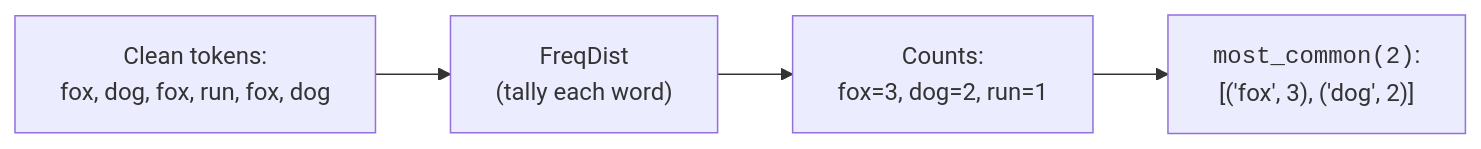
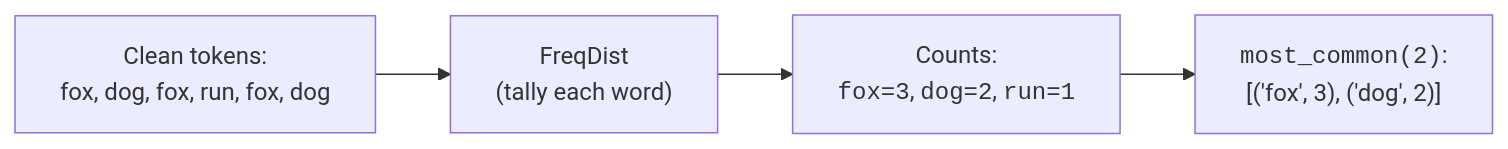
One commit to dataslope/dataslope changed the diagram in content/learn/natural-language-processing-python/frequency-distributions.mdx. Above: the diagram before and after it, drawn with Mermaid. The commit also changed 100 other files, not shown here.

First line of the commit message:
Wrap more code in diagram labels: filenames, hex, assignments, subgraph titles

````diff
--- a/content/learn/natural-language-processing-python/frequency-distributions.mdx
+++ b/content/learn/natural-language-processing-python/frequency-distributions.mdx
@@ -19,6 +19,6 @@
 ```mermaid
 flowchart LR
     A["Clean tokens:<br/>fox, dog, fox, run, fox, dog"] --> B["FreqDist<br/>(tally each word)"]
-    B --> C["Counts:<br/>fox=3, dog=2, run=1"]
+    B --> C["Counts:<br/><code>fox=3</code>, <code>dog=2</code>, <code>run=1</code>"]
     C --> D["<code>most_common(2)</code>:<br/>[('fox', 3), ('dog', 2)]"]
 ```
````
